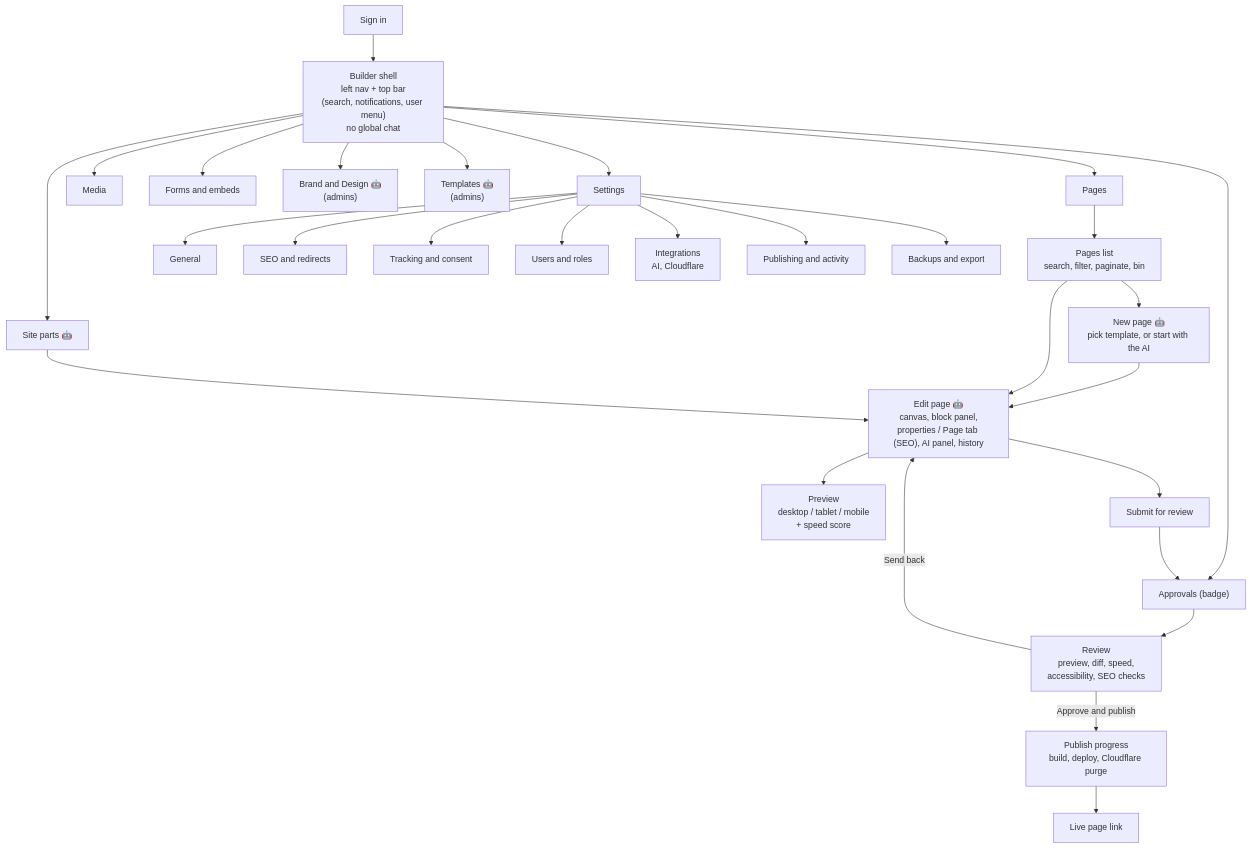
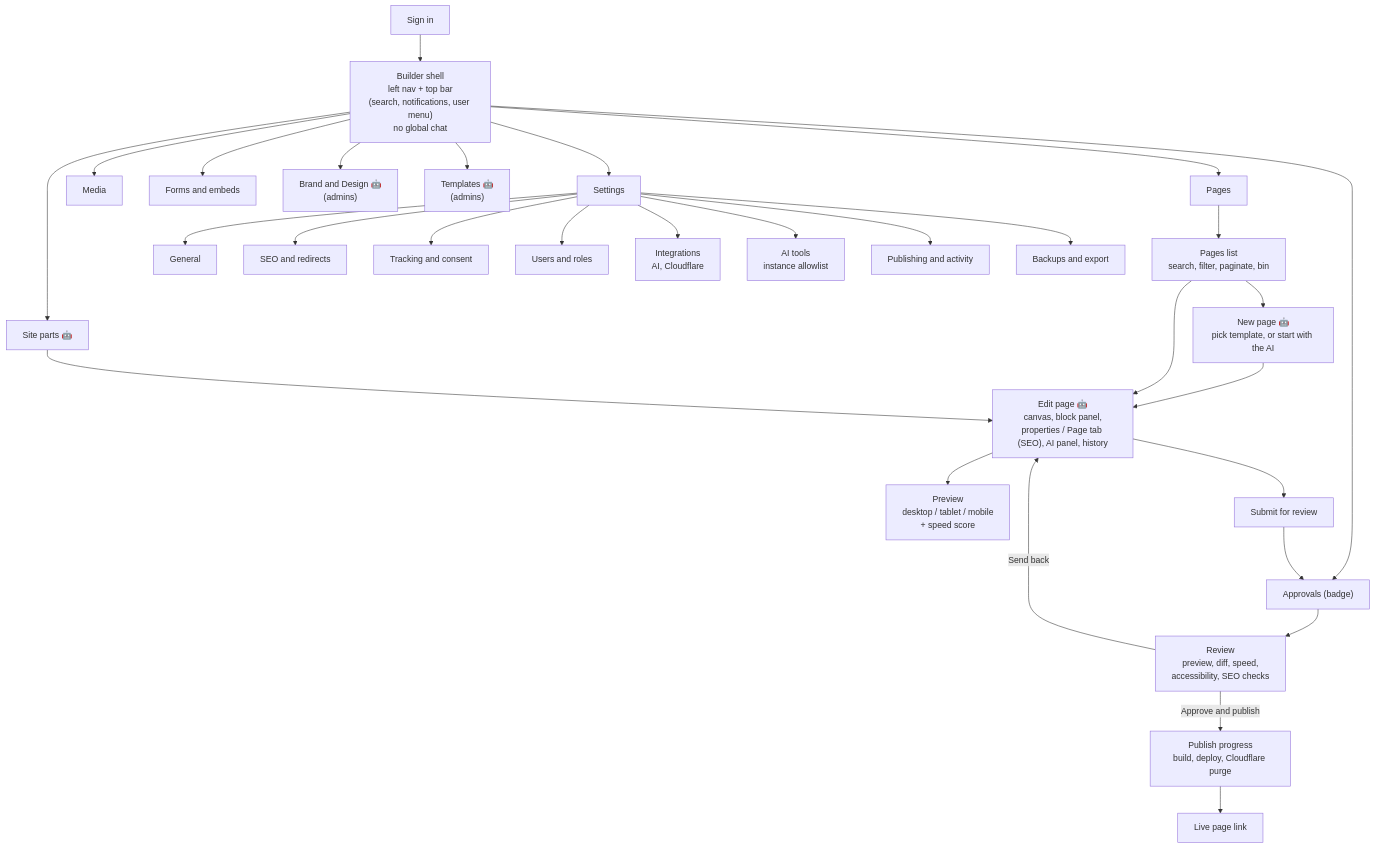
Before and after one commit to unkn0wn1/sitebuilder: the first of 2 diagrams in docs/04-gui.md, drawn with Mermaid. The commit also changed other lines of this file and 2 other files, not shown here.

Commit message:
Docs: per-instance AI tool allowlist

````diff
--- a/docs/04-gui.md
+++ b/docs/04-gui.md
@@ -11,33 +11,34 @@
 ```mermaid
 flowchart TD
   Login["Sign in"] --> Shell["Builder shell<br/>left nav + top bar<br/>(search, notifications, user menu)<br/>no global chat"]
   Shell --> Pages["Pages"]
   Shell --> Parts["Site parts 🤖"]
   Shell --> Media["Media"]
   Shell --> Forms["Forms and embeds"]
   Shell --> Approvals["Approvals (badge)"]
   Shell --> Brand["Brand and Design 🤖<br/>(admins)"]
   Shell --> Templates["Templates 🤖<br/>(admins)"]
   Shell --> Settings["Settings"]
 
   Pages --> List["Pages list<br/>search, filter, paginate, bin"]
   List --> NewPage["New page 🤖<br/>pick template, or start with the AI"]
   NewPage --> Editor["Edit page 🤖<br/>canvas, block panel,<br/>properties / Page tab (SEO), AI panel, history"]
   List --> Editor
   Parts --> Editor
   Editor --> Preview["Preview<br/>desktop / tablet / mobile<br/>+ speed score"]
   Editor --> Submit["Submit for review"]
   Submit --> Approvals
   Approvals --> Review["Review<br/>preview, diff, speed,<br/>accessibility, SEO checks"]
   Review -->|Approve and publish| Publish["Publish progress<br/>build, deploy, Cloudflare purge"]
   Review -->|Send back| Editor
   Publish --> Live["Live page link"]
 
   Settings --> SGeneral["General"]
   Settings --> SSEO["SEO and redirects"]
   Settings --> STracking["Tracking and consent"]
   Settings --> SUsers["Users and roles"]
   Settings --> SInteg["Integrations<br/>AI, Cloudflare"]
+  Settings --> SAITools["AI tools<br/>instance allowlist"]
   Settings --> SPub["Publishing and activity"]
   Settings --> SBackups["Backups and export"]
 ```
````
